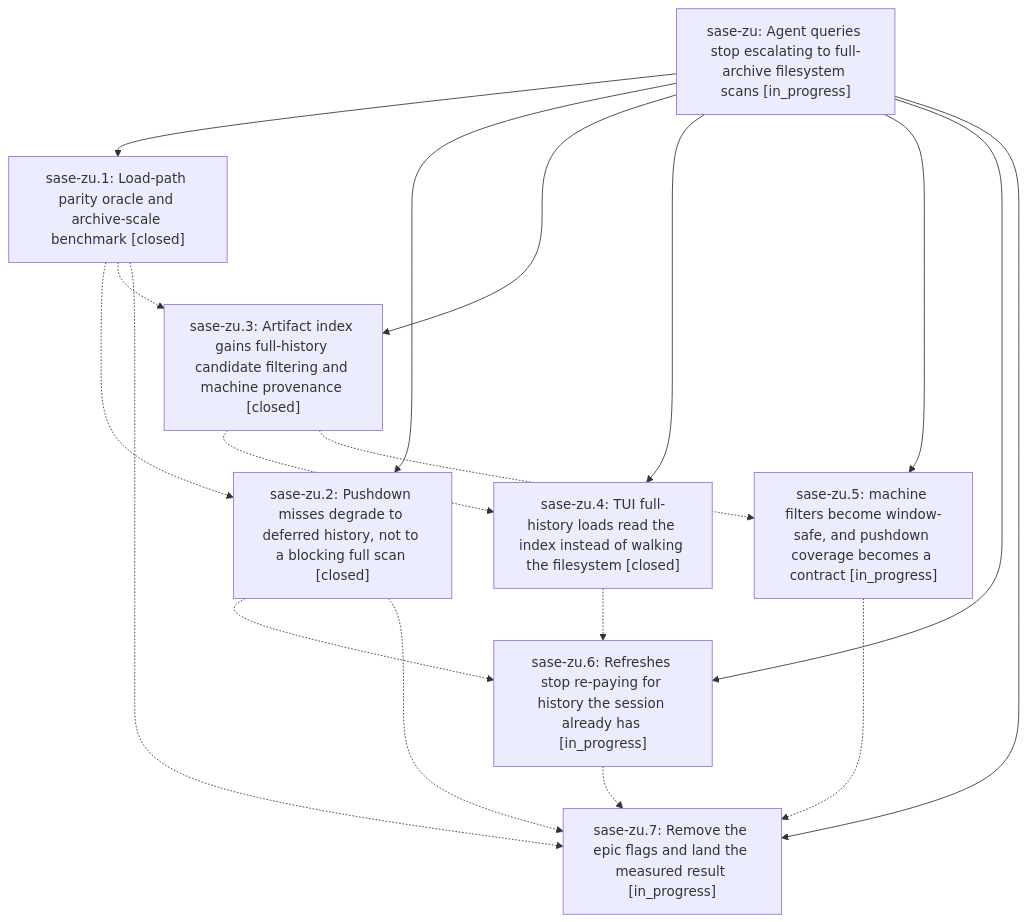
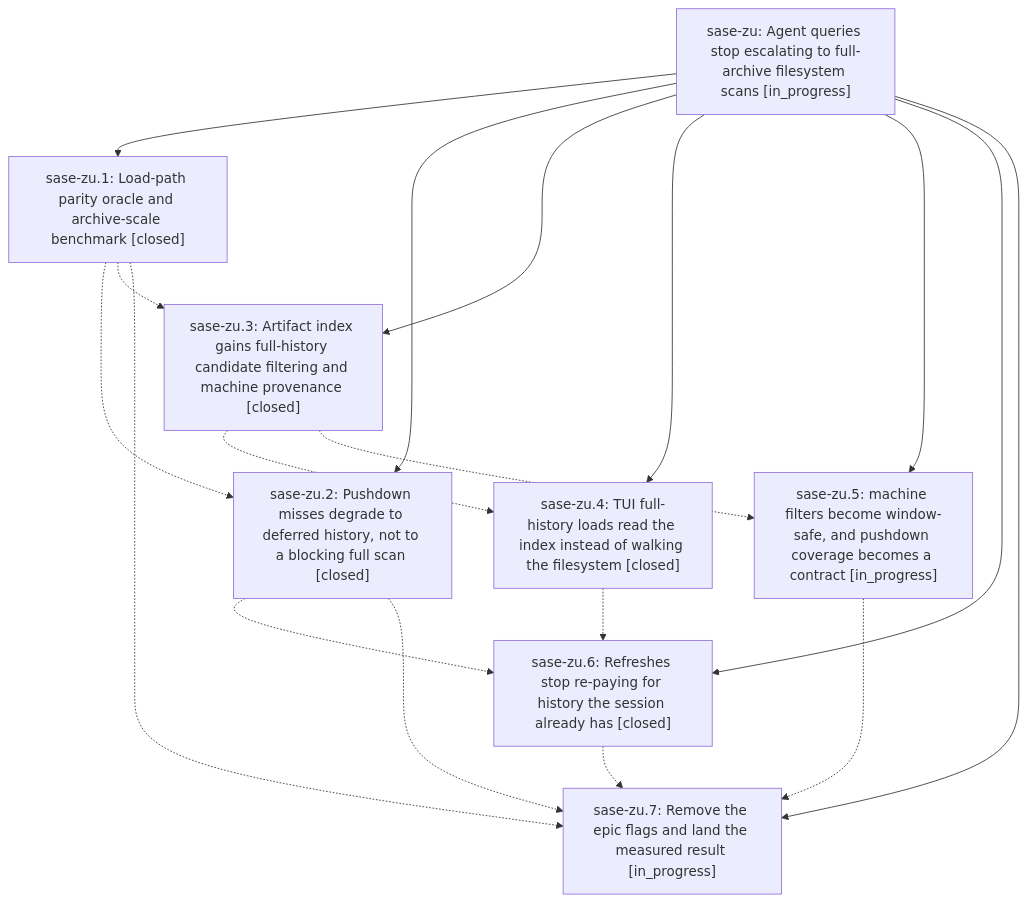
One commit to sase-org/sase--beads changed the diagram in pages/sase-zu/README.md. Above: the diagram before and after it, drawn with Mermaid. The commit also changed other lines of this file and 5 other files, not shown here.

````diff
--- a/pages/sase-zu/README.md
+++ b/pages/sase-zu/README.md
@@ -28,28 +28,28 @@
 ```mermaid
 flowchart TD
     n0["sase-zu: Agent queries stop escalating to full-archive filesystem scans [in_progress]"]
     n1["sase-zu.1: Load-path parity oracle and archive-scale benchmark [closed]"]
     n2["sase-zu.2: Pushdown misses degrade to deferred history, not to a blocking full scan [closed]"]
     n3["sase-zu.3: Artifact index gains full-history candidate filtering and machine provenance [closed]"]
     n4["sase-zu.4: TUI full-history loads read the index instead of walking the filesystem [closed]"]
     n5["sase-zu.5: machine filters become window-safe, and pushdown coverage becomes a contract [in_progress]"]
-    n6["sase-zu.6: Refreshes stop re-paying for history the session already has [in_progress]"]
+    n6["sase-zu.6: Refreshes stop re-paying for history the session already has [closed]"]
     n7["sase-zu.7: Remove the epic flags and land the measured result [in_progress]"]
     n0 --> n1
     n0 --> n2
     n0 --> n3
     n0 --> n4
     n0 --> n5
     n0 --> n6
     n0 --> n7
     n1 -.-> n2
     n1 -.-> n3
     n1 -.-> n7
     n2 -.-> n6
     n2 -.-> n7
     n3 -.-> n4
     n3 -.-> n5
     n4 -.-> n6
     n5 -.-> n7
     n6 -.-> n7
 ```
````
